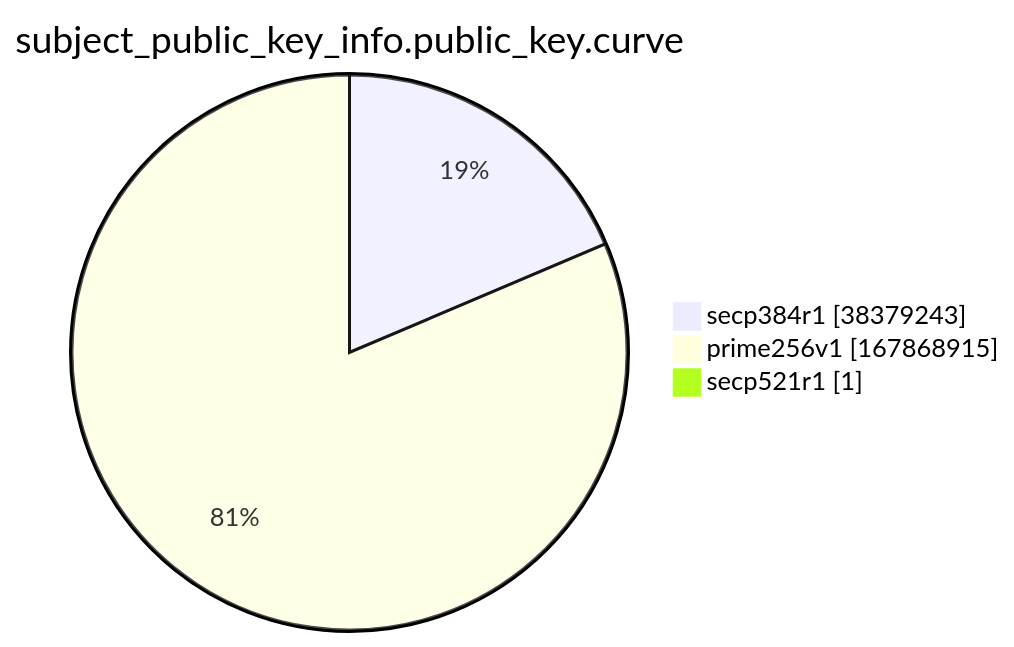
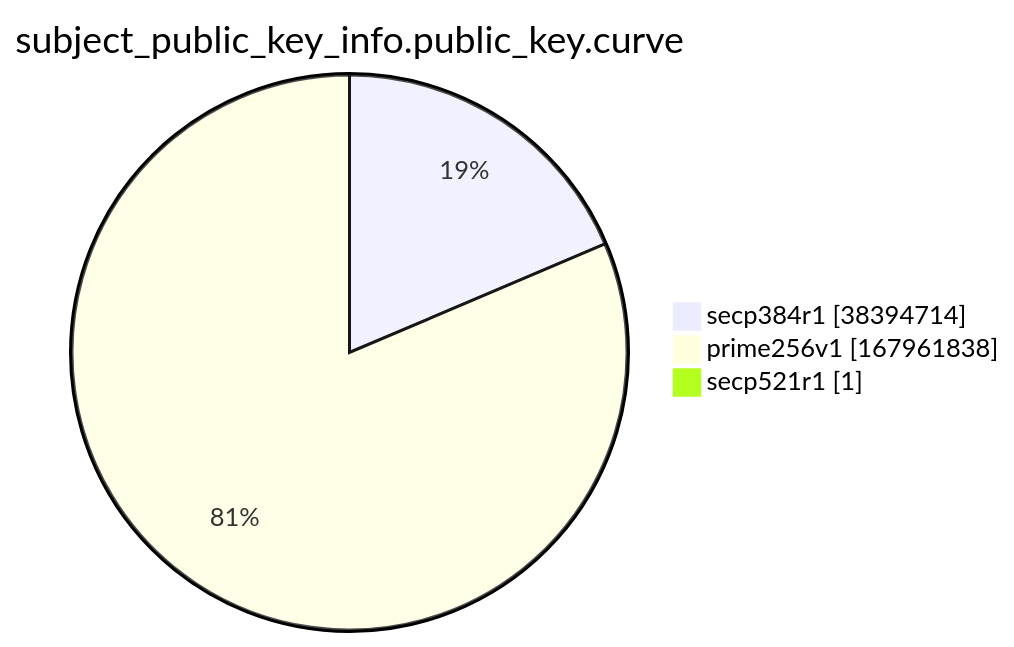
One commit to christiankrug/ctmonitor_visualization changed the ninth of 15 diagrams in argon2022/README.md. Above: the diagram before and after it, drawn with Mermaid. The commit also changed other lines of this file, not shown here.

````diff
--- a/argon2022/README.md
+++ b/argon2022/README.md
@@ -2766,7 +2766,7 @@
 ```mermaid
 pie showData
 title subject_public_key_info.public_key.curve
-"secp384r1" :38379243
-"prime256v1" :167868915
+"secp384r1" :38394714
+"prime256v1" :167961838
 "secp521r1" :1
 ```
````
